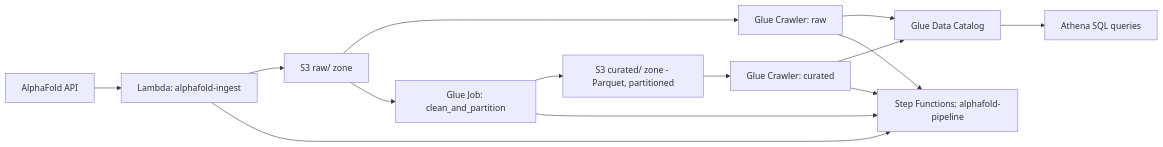
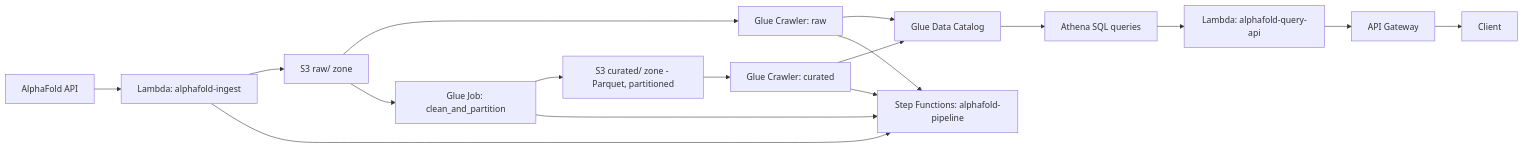
One commit to bmadwme/alpha-fold-data-pipeline changed the diagram in README.md. Above: the diagram before and after it, drawn with Mermaid. The commit also changed other lines of this file and 4 other files, not shown here.

````diff
--- a/README.md
+++ b/README.md
@@ -18,16 +18,19 @@
 ```mermaid
 graph LR
     A[AlphaFold API] --> B[Lambda: alphafold-ingest]
     B --> C[S3 raw/ zone]
     C --> D[Glue Crawler: raw]
     D --> E[Glue Data Catalog]
     C --> F[Glue Job: clean_and_partition]
     F --> G[S3 curated/ zone - Parquet, partitioned]
     G --> H[Glue Crawler: curated]
     H --> E
     E --> I[Athena SQL queries]
     B --> J[Step Functions: alphafold-pipeline]
     D --> J
     F --> J
     H --> J
+    I --> K[Lambda: alphafold-query-api]
+    K --> L[API Gateway]
+    L --> M[Client]
 ```
````
